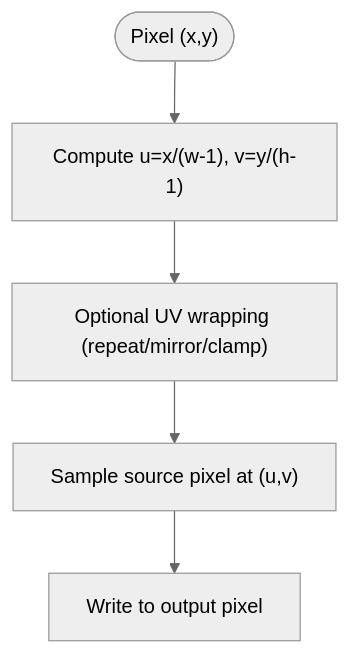
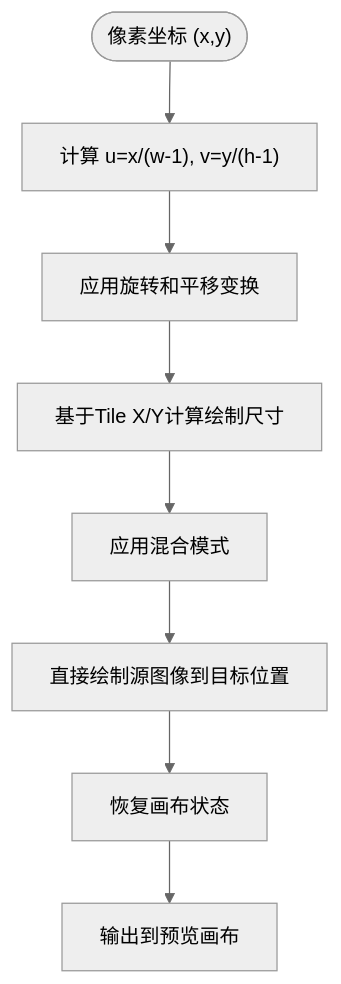
Before and after one commit to treasureGrove/TAWEBTOOL: the fifth of 9 diagrams in .qoder/repowiki/en/content/Image Processing Tools/Tiling Texture Preview.md, drawn with Mermaid (neutral theme). The commit also changed other lines of this file and 30 other files, not shown here.

````diff
--- a/.qoder/repowiki/en/content/Image Processing Tools/Tiling Texture Preview.md
+++ b/.qoder/repowiki/en/content/Image Processing Tools/Tiling Texture Preview.md
@@ -169,7 +185,10 @@
 ```mermaid
 flowchart TD
-UVStart(["Pixel (x,y)"]) --> UV["Compute u=x/(w-1), v=y/(h-1)"]
-UV --> Wrap["Optional UV wrapping (repeat/mirror/clamp)"]
-Wrap --> Sample["Sample source pixel at (u,v)"]
-Sample --> Out["Write to output pixel"]
+UVStart(["像素坐标 (x,y)"]) --> UV["计算 u=x/(w-1), v=y/(h-1)"]
+UV --> Transform["应用旋转和平移变换"]
+Transform --> TileCalc["基于Tile X/Y计算绘制尺寸"]
+TileCalc --> Blend["应用混合模式"]
+Blend --> Draw["直接绘制源图像到目标位置"]
+Draw --> Restore["恢复画布状态"]
+Restore --> Output["输出到预览画布"]
 ```
````
